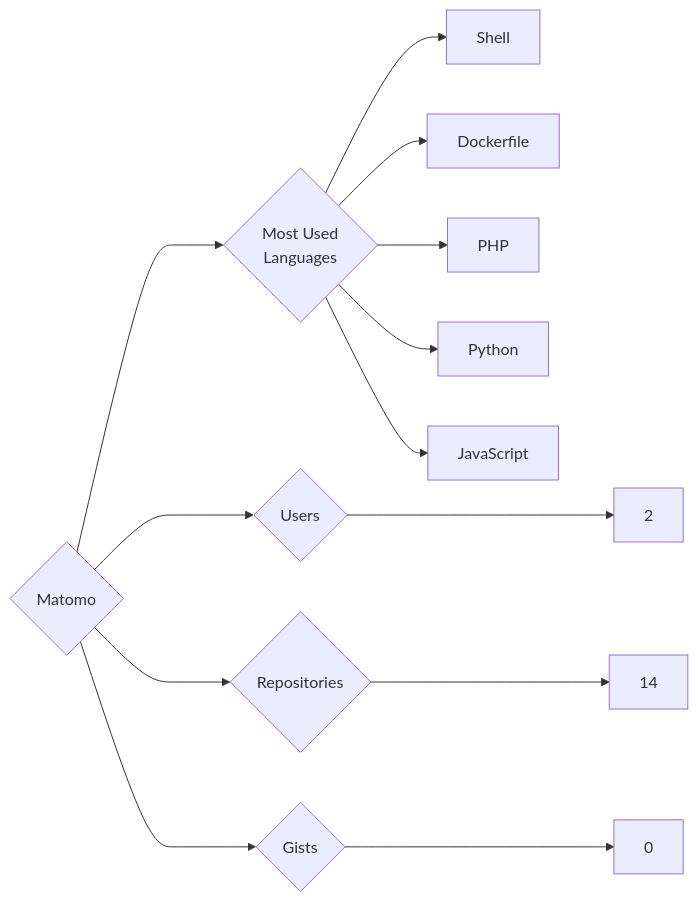
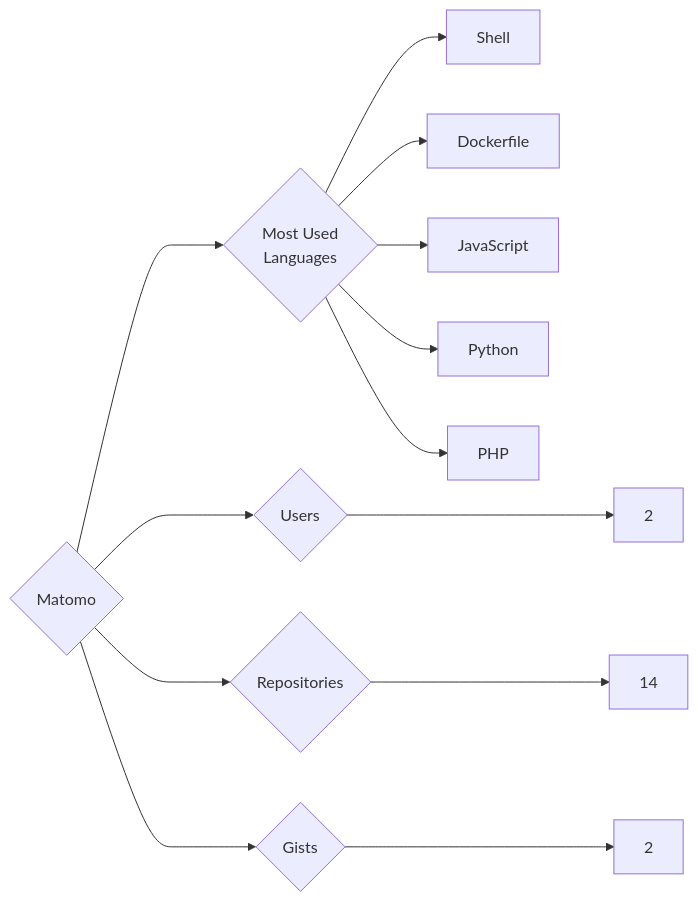
One commit to trickest/insiders changed the diagram in targets/Matomo/README.md. Above: the diagram before and after it, drawn with Mermaid. The commit also changed 924 other files, not shown here.

````diff
--- a/targets/Matomo/README.md
+++ b/targets/Matomo/README.md
@@ -3,13 +3,13 @@
 ```mermaid
 graph LR
 COMPANY_NAME{Matomo}
 COMPANY_NAME ---> U{Users} ---> UN[2]
 COMPANY_NAME ---> R{Repositories} ---> RN[14]
-COMPANY_NAME ---> G{Gists} ---> GN[0]
+COMPANY_NAME ---> G{Gists} ---> GN[2]
 COMPANY_NAME ---> ML{Most Used<br>Languages}
 ML --> Shell[Shell]
 ML --> Dockerfile[Dockerfile]
+ML --> JavaScript[JavaScript]
+ML --> Python[Python]
 ML --> PHP[PHP]
-ML --> Python[Python]
-ML --> JavaScript[JavaScript]
 ```
````
